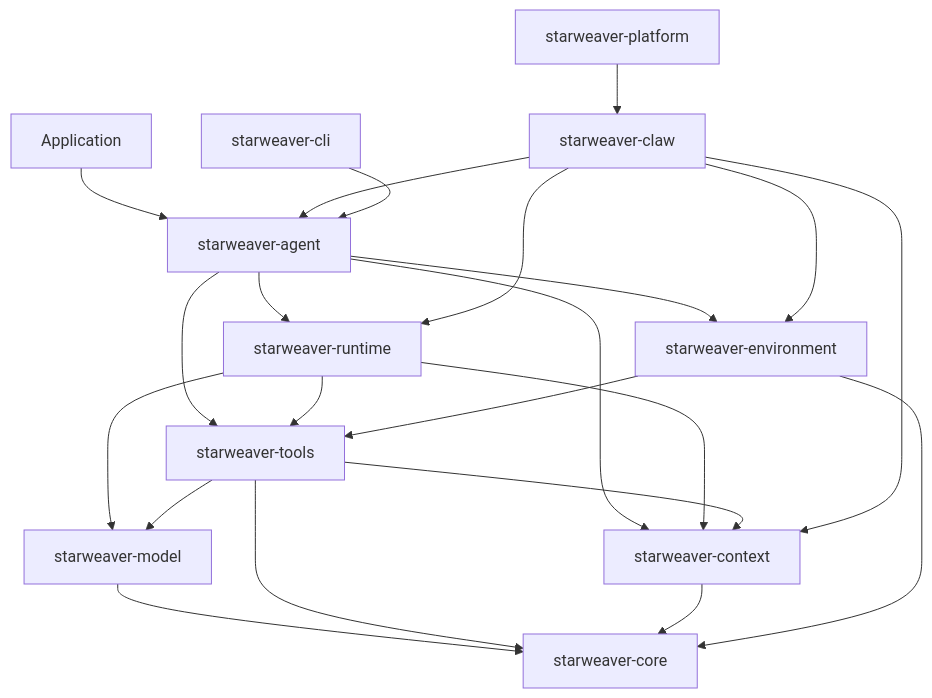
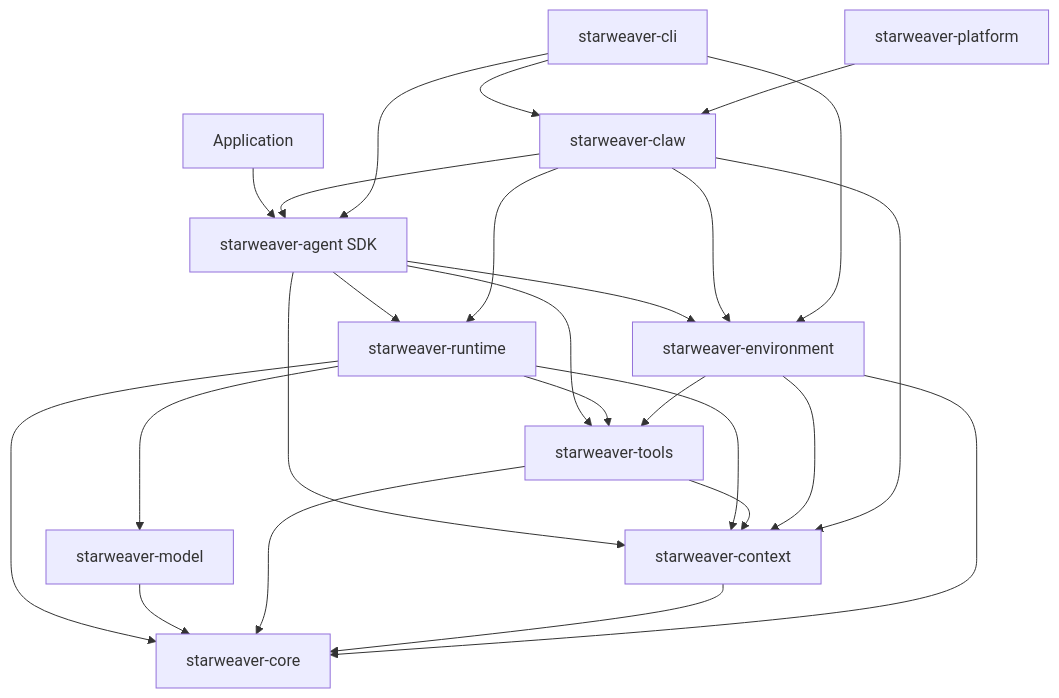
Before and after one commit to Wh1isper/starweaver: the diagram in spec/README.md, drawn with Mermaid. The commit also changed other lines of this file and 53 other files, not shown here.

````diff
--- a/spec/README.md
+++ b/spec/README.md
@@ -36,36 +36,39 @@
 ```mermaid
 flowchart TD
     app[Application]
-    sdk[starweaver-agent]
+    sdk[starweaver-agent SDK]
     runtime[starweaver-runtime]
     model[starweaver-model]
     tools[starweaver-tools]
     context[starweaver-context]
     core[starweaver-core]
     env[starweaver-environment]
-    service[starweaver-claw]
+    claw[starweaver-claw]
     cli[starweaver-cli]
     platform[starweaver-platform]
 
     app --> sdk
     sdk --> runtime
     sdk --> tools
     sdk --> context
     sdk --> env
     runtime --> model
     runtime --> tools
     runtime --> context
+    runtime --> core
     model --> core
     tools --> core
-    tools --> model
     tools --> context
     context --> core
     env --> core
+    env --> context
     env --> tools
-    service --> sdk
-    service --> runtime
-    service --> context
-    service --> env
+    claw --> sdk
+    claw --> runtime
+    claw --> context
+    claw --> env
     cli --> sdk
-    platform --> service
+    cli --> env
+    cli --> claw
+    platform --> claw
 ```
````
